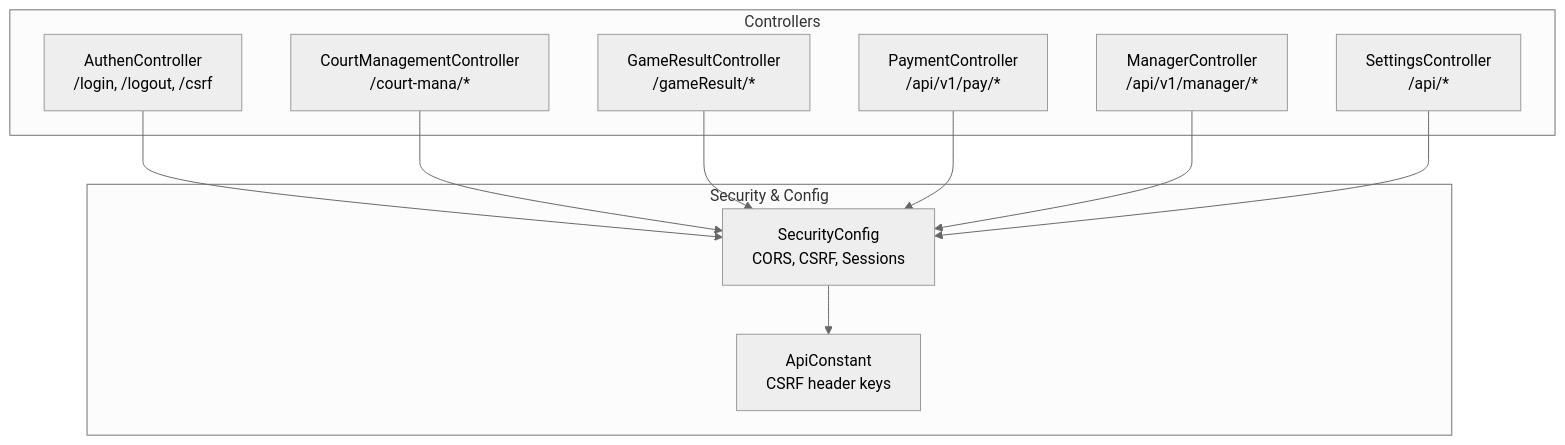
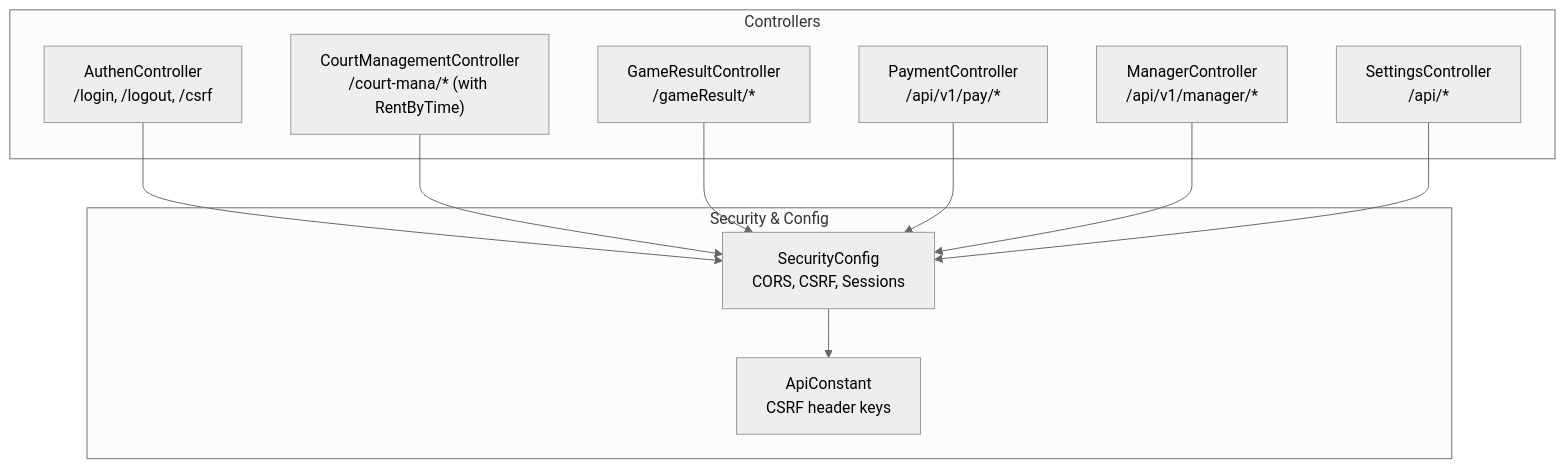
The first of 3 diagrams in .qoder/repowiki/en/content/API Reference.md (Vissel/badminton-court-management), drawn with Mermaid (neutral theme) before and after one commit. The commit also changed other lines of this file and 11 other files, not shown here.

````diff
--- a/.qoder/repowiki/en/content/API Reference.md
+++ b/.qoder/repowiki/en/content/API Reference.md
@@ -46,22 +49,22 @@
 ```mermaid
 graph TB
 subgraph "Controllers"
 A["AuthenController<br/>/login, /logout, /csrf"]
-B["CourtManagementController<br/>/court-mana/*"]
+B["CourtManagementController<br/>/court-mana/* (with RentByTime)"]
 C["GameResultController<br/>/gameResult/*"]
 D["PaymentController<br/>/api/v1/pay/*"]
 E["ManagerController<br/>/api/v1/manager/*"]
 F["SettingsController<br/>/api/*"]
 end
 subgraph "Security & Config"
 G["SecurityConfig<br/>CORS, CSRF, Sessions"]
 H["ApiConstant<br/>CSRF header keys"]
 end
 A --> G
 B --> G
 C --> G
 D --> G
 E --> G
 F --> G
 G --> H
 ```
````
